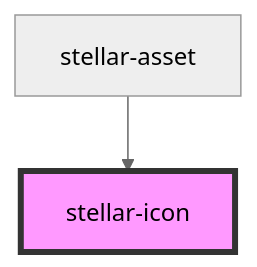
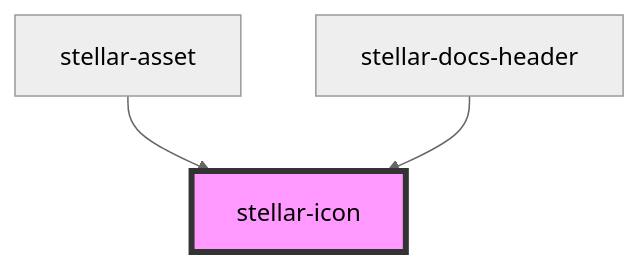
Before and after one commit to splitinfinities/Stellar: the diagram in src/components/media/icon/readme.md, drawn with Mermaid (neutral theme). The commit also changed other lines of this file and 13 other files, not shown here.

````diff
--- a/src/components/media/icon/readme.md
+++ b/src/components/media/icon/readme.md
@@ -31,5 +32,6 @@
 ```mermaid
 graph TD;
   stellar-asset --> stellar-icon
+  stellar-docs-header --> stellar-icon
   style stellar-icon fill:#f9f,stroke:#333,stroke-width:4px
 ```
````
